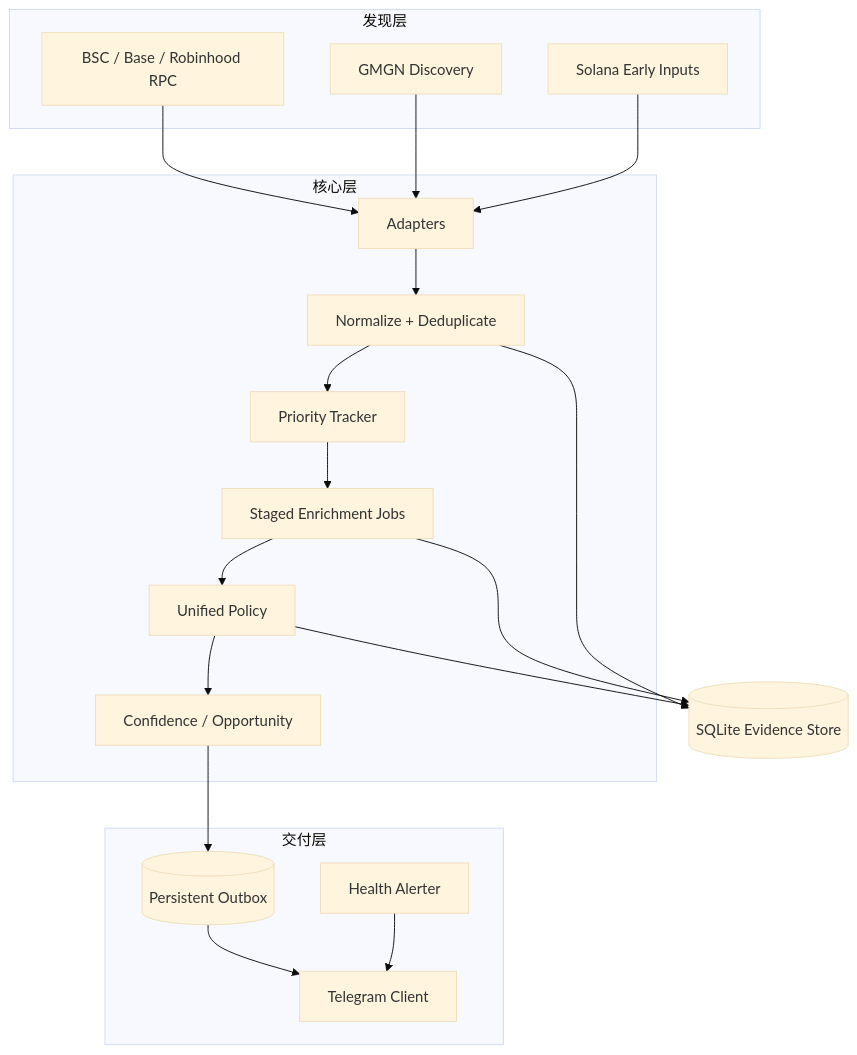
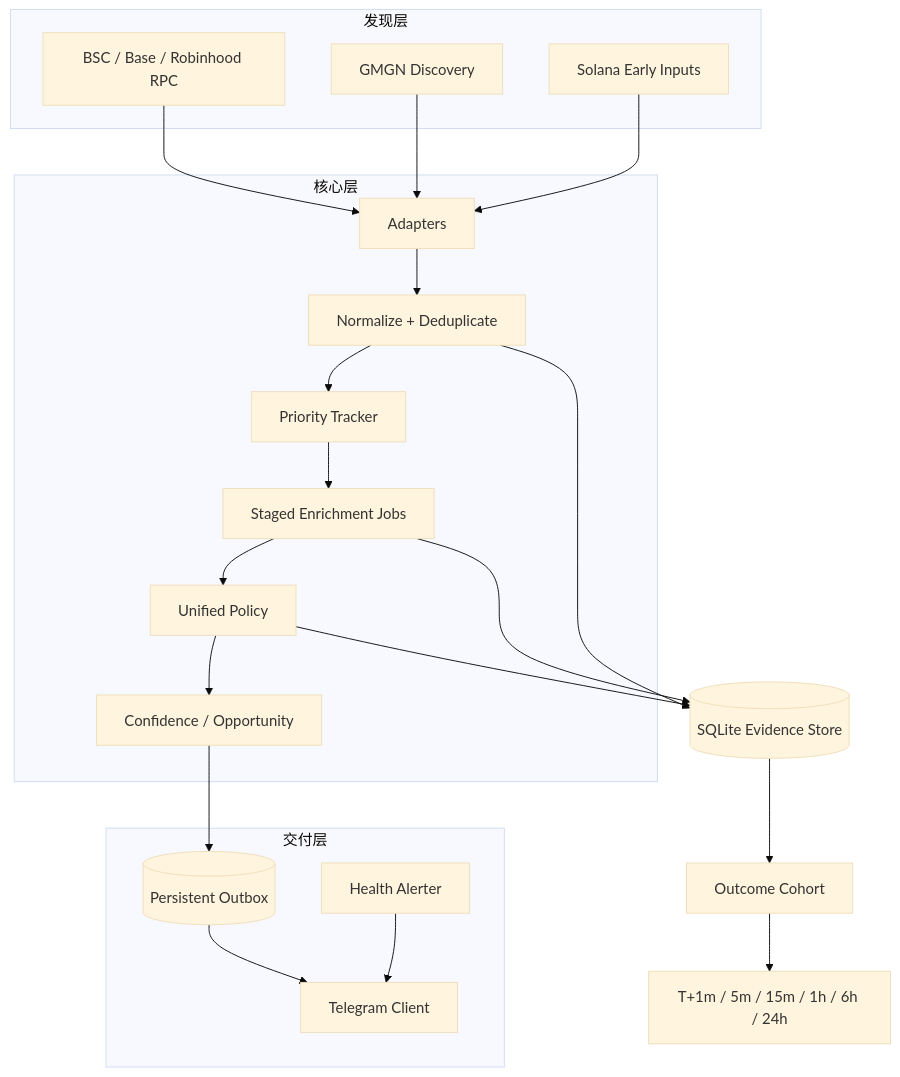
Before and after one commit to myaistory/meme-radar: the diagram in docs/ARCHITECTURE.md, drawn with Mermaid (base theme). The commit also changed other lines of this file and 27 other files, not shown here.

````diff
--- a/docs/ARCHITECTURE.md
+++ b/docs/ARCHITECTURE.md
@@ -7,31 +7,33 @@
 ```mermaid
 flowchart TB
     subgraph Discovery[发现层]
       R1[BSC / Base / Robinhood RPC]
       R2[GMGN Discovery]
       R3[Solana Early Inputs]
     end
     subgraph Core[核心层]
       A[Adapters]
       N[Normalize + Deduplicate]
       P[Priority Tracker]
       S[Staged Enrichment Jobs]
       U[Unified Policy]
       C[Confidence / Opportunity]
     end
     subgraph Delivery[交付层]
       O[(Persistent Outbox)]
       T[Telegram Client]
       H[Health Alerter]
     end
     D[(SQLite Evidence Store)]
 
     R1 --> A
     R2 --> A
     R3 --> A
     A --> N --> P --> S --> U --> C --> O --> T
     N --> D
     S --> D
     U --> D
+    D --> L[Outcome Cohort]
+    L --> M[T+1m / 5m / 15m / 1h / 6h / 24h]
     H --> T
 ```
````
